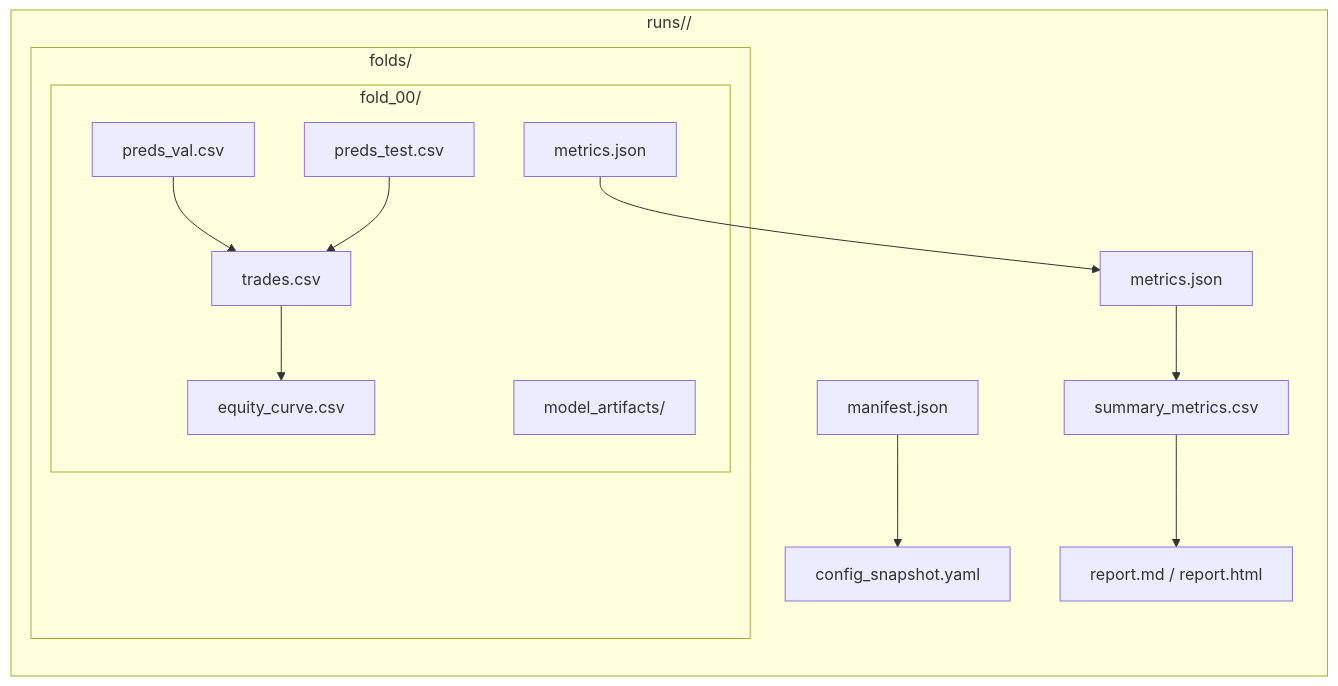
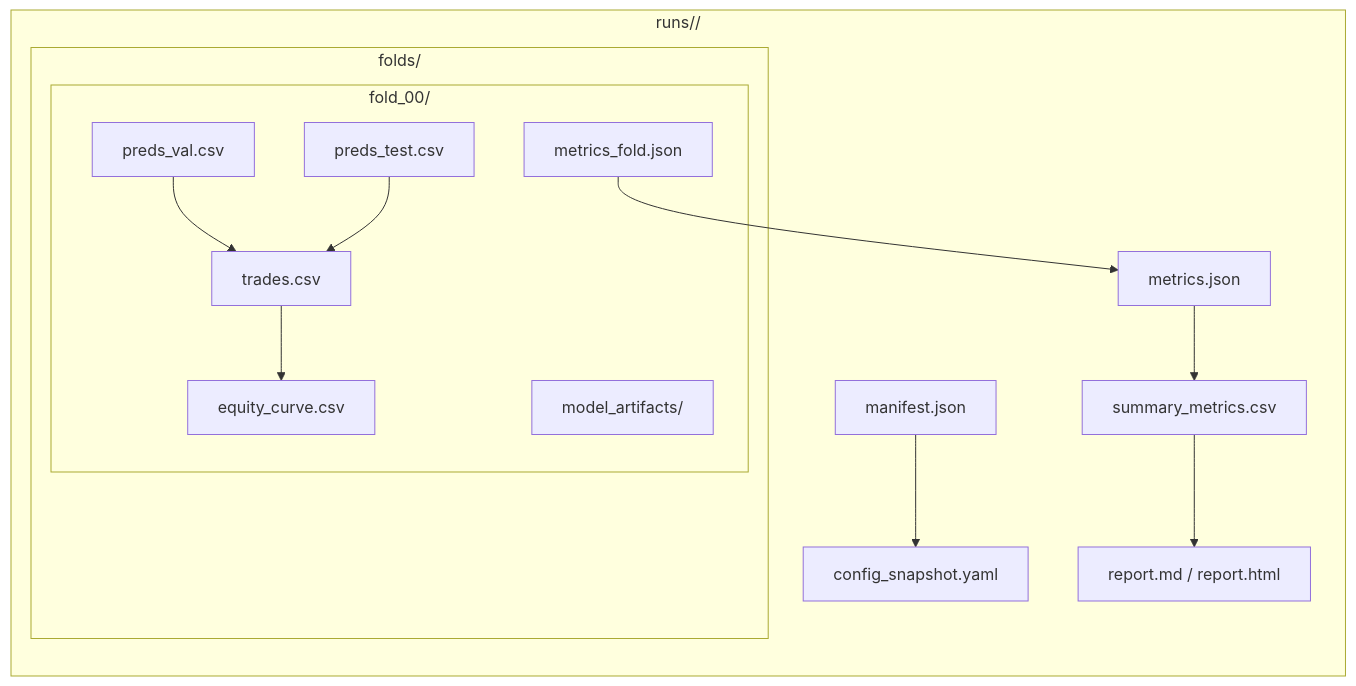
The third of 3 diagrams in docs/specifications/Specification_Pipeline_Commun_AI_Trading_v1.0.md (Nexgear75/ai_trading_agent), drawn with Mermaid before and after one commit. The commit also changed other lines of this file and 8 other files, not shown here.

````diff
--- a/docs/specifications/Specification_Pipeline_Commun_AI_Trading_v1.0.md
+++ b/docs/specifications/Specification_Pipeline_Commun_AI_Trading_v1.0.md
@@ -907,27 +907,27 @@
 ```mermaid
 flowchart LR
   subgraph RUN["runs/<run_id>/"]
     MAN[manifest.json]
     MET[metrics.json]
     CFG[config_snapshot.yaml]
     SUM[summary_metrics.csv]
     REP[report.md / report.html]
     subgraph FOLDS["folds/"]
       subgraph F0["fold_00/"]
         PV[preds_val.csv]
         PT[preds_test.csv]
         TR[trades.csv]
         EQ[equity_curve.csv]
-        M0[metrics.json]
+        M0[metrics_fold.json]
         MA[model_artifacts/]
       end
     end
   end
   MAN --> CFG
   PV --> TR
   PT --> TR
   TR --> EQ
   M0 --> MET
   MET --> SUM
   SUM --> REP
 ```
````
